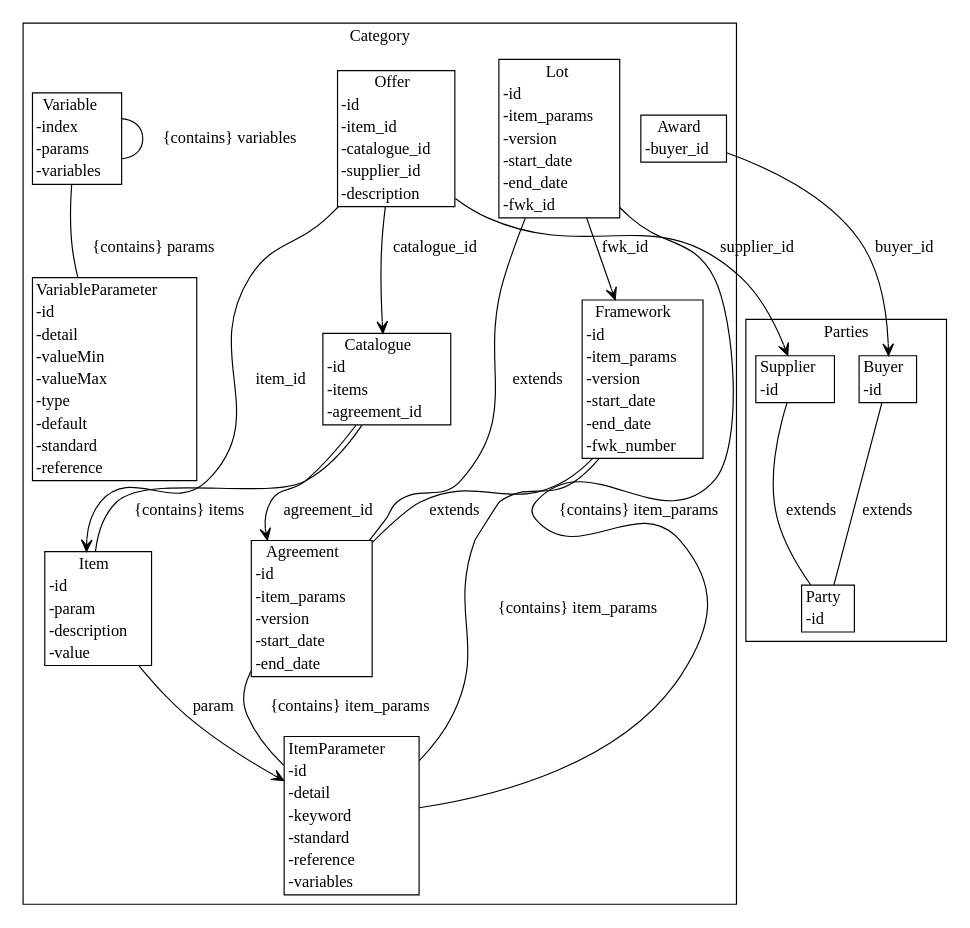
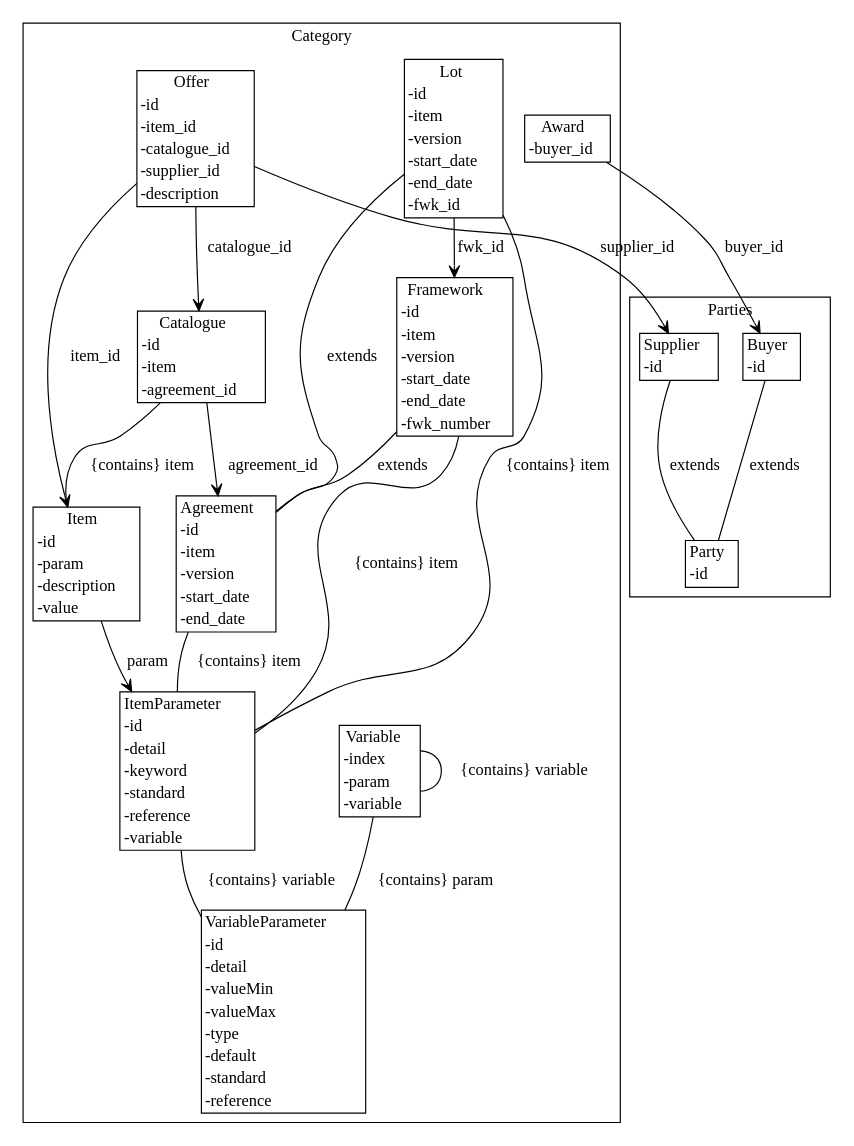
Before and after one commit to Crown-Commercial-Service/cmp-design-prototype: the diagram in agreement-design/gen/diagrams/data_model.dot, drawn with Graphviz. The commit also changed 10 other files, not shown here.

```diff
--- a/agreement-design/gen/diagrams/data_model.dot
+++ b/agreement-design/gen/diagrams/data_model.dot
@@ -1,40 +1,41 @@
 strict digraph {
 subgraph cluster_Category {
 node [shape=plaintext margin=0];
 label=Category;
 "VariableParameter" [label=<<table BORDER="1" CELLBORDER="0" CELLSPACING="0"><TH><TD>VariableParameter</TD></TH><TR><TD ALIGN="LEFT">-id</TD></TR><TR><TD ALIGN="LEFT">-detail</TD></TR><TR><TD ALIGN="LEFT">-valueMin</TD></TR><TR><TD ALIGN="LEFT">-valueMax</TD></TR><TR><TD ALIGN="LEFT">-type</TD></TR><TR><TD ALIGN="LEFT">-default</TD></TR><TR><TD ALIGN="LEFT">-standard</TD></TR><TR><TD ALIGN="LEFT">-reference</TD></TR></table>>];
-"ItemParameter" [label=<<table BORDER="1" CELLBORDER="0" CELLSPACING="0"><TH><TD>ItemParameter</TD></TH><TR><TD ALIGN="LEFT">-id</TD></TR><TR><TD ALIGN="LEFT">-detail</TD></TR><TR><TD ALIGN="LEFT">-keyword</TD></TR><TR><TD ALIGN="LEFT">-standard</TD></TR><TR><TD ALIGN="LEFT">-reference</TD></TR><TR><TD ALIGN="LEFT">-variables</TD></TR></table>>];
-"Agreement" [label=<<table BORDER="1" CELLBORDER="0" CELLSPACING="0"><TH><TD>Agreement</TD></TH><TR><TD ALIGN="LEFT">-id</TD></TR><TR><TD ALIGN="LEFT">-item_params</TD></TR><TR><TD ALIGN="LEFT">-version</TD></TR><TR><TD ALIGN="LEFT">-start_date</TD></TR><TR><TD ALIGN="LEFT">-end_date</TD></TR></table>>];
-"Framework" [label=<<table BORDER="1" CELLBORDER="0" CELLSPACING="0"><TH><TD>Framework</TD></TH><TR><TD ALIGN="LEFT">-id</TD></TR><TR><TD ALIGN="LEFT">-item_params</TD></TR><TR><TD ALIGN="LEFT">-version</TD></TR><TR><TD ALIGN="LEFT">-start_date</TD></TR><TR><TD ALIGN="LEFT">-end_date</TD></TR><TR><TD ALIGN="LEFT">-fwk_number</TD></TR></table>>];
-"Lot" [label=<<table BORDER="1" CELLBORDER="0" CELLSPACING="0"><TH><TD>Lot</TD></TH><TR><TD ALIGN="LEFT">-id</TD></TR><TR><TD ALIGN="LEFT">-item_params</TD></TR><TR><TD ALIGN="LEFT">-version</TD></TR><TR><TD ALIGN="LEFT">-start_date</TD></TR><TR><TD ALIGN="LEFT">-end_date</TD></TR><TR><TD ALIGN="LEFT">-fwk_id</TD></TR></table>>];
-"Variable" [label=<<table BORDER="1" CELLBORDER="0" CELLSPACING="0"><TH><TD>Variable</TD></TH><TR><TD ALIGN="LEFT">-index</TD></TR><TR><TD ALIGN="LEFT">-params</TD></TR><TR><TD ALIGN="LEFT">-variables</TD></TR></table>>];
+"ItemParameter" [label=<<table BORDER="1" CELLBORDER="0" CELLSPACING="0"><TH><TD>ItemParameter</TD></TH><TR><TD ALIGN="LEFT">-id</TD></TR><TR><TD ALIGN="LEFT">-detail</TD></TR><TR><TD ALIGN="LEFT">-keyword</TD></TR><TR><TD ALIGN="LEFT">-standard</TD></TR><TR><TD ALIGN="LEFT">-reference</TD></TR><TR><TD ALIGN="LEFT">-variable</TD></TR></table>>];
+"Agreement" [label=<<table BORDER="1" CELLBORDER="0" CELLSPACING="0"><TH><TD>Agreement</TD></TH><TR><TD ALIGN="LEFT">-id</TD></TR><TR><TD ALIGN="LEFT">-item</TD></TR><TR><TD ALIGN="LEFT">-version</TD></TR><TR><TD ALIGN="LEFT">-start_date</TD></TR><TR><TD ALIGN="LEFT">-end_date</TD></TR></table>>];
+"Framework" [label=<<table BORDER="1" CELLBORDER="0" CELLSPACING="0"><TH><TD>Framework</TD></TH><TR><TD ALIGN="LEFT">-id</TD></TR><TR><TD ALIGN="LEFT">-item</TD></TR><TR><TD ALIGN="LEFT">-version</TD></TR><TR><TD ALIGN="LEFT">-start_date</TD></TR><TR><TD ALIGN="LEFT">-end_date</TD></TR><TR><TD ALIGN="LEFT">-fwk_number</TD></TR></table>>];
+"Lot" [label=<<table BORDER="1" CELLBORDER="0" CELLSPACING="0"><TH><TD>Lot</TD></TH><TR><TD ALIGN="LEFT">-id</TD></TR><TR><TD ALIGN="LEFT">-item</TD></TR><TR><TD ALIGN="LEFT">-version</TD></TR><TR><TD ALIGN="LEFT">-start_date</TD></TR><TR><TD ALIGN="LEFT">-end_date</TD></TR><TR><TD ALIGN="LEFT">-fwk_id</TD></TR></table>>];
+"Variable" [label=<<table BORDER="1" CELLBORDER="0" CELLSPACING="0"><TH><TD>Variable</TD></TH><TR><TD ALIGN="LEFT">-index</TD></TR><TR><TD ALIGN="LEFT">-param</TD></TR><TR><TD ALIGN="LEFT">-variable</TD></TR></table>>];
 "Item" [label=<<table BORDER="1" CELLBORDER="0" CELLSPACING="0"><TH><TD>Item</TD></TH><TR><TD ALIGN="LEFT">-id</TD></TR><TR><TD ALIGN="LEFT">-param</TD></TR><TR><TD ALIGN="LEFT">-description</TD></TR><TR><TD ALIGN="LEFT">-value</TD></TR></table>>];
-"Catalogue" [label=<<table BORDER="1" CELLBORDER="0" CELLSPACING="0"><TH><TD>Catalogue</TD></TH><TR><TD ALIGN="LEFT">-id</TD></TR><TR><TD ALIGN="LEFT">-items</TD></TR><TR><TD ALIGN="LEFT">-agreement_id</TD></TR></table>>];
+"Catalogue" [label=<<table BORDER="1" CELLBORDER="0" CELLSPACING="0"><TH><TD>Catalogue</TD></TH><TR><TD ALIGN="LEFT">-id</TD></TR><TR><TD ALIGN="LEFT">-item</TD></TR><TR><TD ALIGN="LEFT">-agreement_id</TD></TR></table>>];
 "Offer" [label=<<table BORDER="1" CELLBORDER="0" CELLSPACING="0"><TH><TD>Offer</TD></TH><TR><TD ALIGN="LEFT">-id</TD></TR><TR><TD ALIGN="LEFT">-item_id</TD></TR><TR><TD ALIGN="LEFT">-catalogue_id</TD></TR><TR><TD ALIGN="LEFT">-supplier_id</TD></TR><TR><TD ALIGN="LEFT">-description</TD></TR></table>>];
 "Award" [label=<<table BORDER="1" CELLBORDER="0" CELLSPACING="0"><TH><TD>Award</TD></TH><TR><TD ALIGN="LEFT">-buyer_id</TD></TR></table>>];
 }
 subgraph cluster_Parties {
 node [shape=plaintext margin=0];
 label=Parties;
 "Party" [label=<<table BORDER="1" CELLBORDER="0" CELLSPACING="0"><TH><TD>Party</TD></TH><TR><TD ALIGN="LEFT">-id</TD></TR></table>>];
 "Supplier" [label=<<table BORDER="1" CELLBORDER="0" CELLSPACING="0"><TH><TD>Supplier</TD></TH><TR><TD ALIGN="LEFT">-id</TD></TR></table>>];
 "Buyer" [label=<<table BORDER="1" CELLBORDER="0" CELLSPACING="0"><TH><TD>Buyer</TD></TH><TR><TD ALIGN="LEFT">-id</TD></TR></table>>];
 }
-"Agreement" -> "ItemParameter" [label="{contains} item_params" arrowhead = "none" arrowtail = "diamond" ];
+"ItemParameter" -> "VariableParameter" [label="{contains} variable" arrowhead = "none" arrowtail = "diamond" ];
+"Agreement" -> "ItemParameter" [label="{contains} item" arrowhead = "none" arrowtail = "diamond" ];
 "Framework" -> "Agreement" [label="extends" arrowhead = "none" arrowtail = "normal" ];
-"Framework" -> "ItemParameter" [label="{contains} item_params" arrowhead = "none" arrowtail = "diamond" ];
+"Framework" -> "ItemParameter" [label="{contains} item" arrowhead = "none" arrowtail = "diamond" ];
 "Lot" -> "Agreement" [label="extends" arrowhead = "none" arrowtail = "normal" ];
-"Lot" -> "ItemParameter" [label="{contains} item_params" arrowhead = "none" arrowtail = "diamond" ];
+"Lot" -> "ItemParameter" [label="{contains} item" arrowhead = "none" arrowtail = "diamond" ];
 "Lot" -> "Framework" [label="fwk_id" arrowhead = "open" arrowtail = "none" ];
-"Variable" -> "VariableParameter" [label="{contains} params" arrowhead = "none" arrowtail = "diamond" ];
-"Variable" -> "Variable" [label="{contains} variables" arrowhead = "none" arrowtail = "diamond" ];
+"Variable" -> "VariableParameter" [label="{contains} param" arrowhead = "none" arrowtail = "diamond" ];
+"Variable" -> "Variable" [label="{contains} variable" arrowhead = "none" arrowtail = "diamond" ];
 "Item" -> "ItemParameter" [label="param" arrowhead = "open" arrowtail = "none" ];
-"Catalogue" -> "Item" [label="{contains} items" arrowhead = "none" arrowtail = "diamond" ];
+"Catalogue" -> "Item" [label="{contains} item" arrowhead = "none" arrowtail = "diamond" ];
 "Catalogue" -> "Agreement" [label="agreement_id" arrowhead = "open" arrowtail = "none" ];
 "Offer" -> "Item" [label="item_id" arrowhead = "open" arrowtail = "none" ];
 "Offer" -> "Catalogue" [label="catalogue_id" arrowhead = "open" arrowtail = "none" ];
 "Offer" -> "Supplier" [label="supplier_id" arrowhead = "open" arrowtail = "none" ];
 "Award" -> "Buyer" [label="buyer_id" arrowhead = "open" arrowtail = "none" ];
 "Supplier" -> "Party" [label="extends" arrowhead = "none" arrowtail = "normal" ];
 "Buyer" -> "Party" [label="extends" arrowhead = "none" arrowtail = "normal" ];
 }
```
